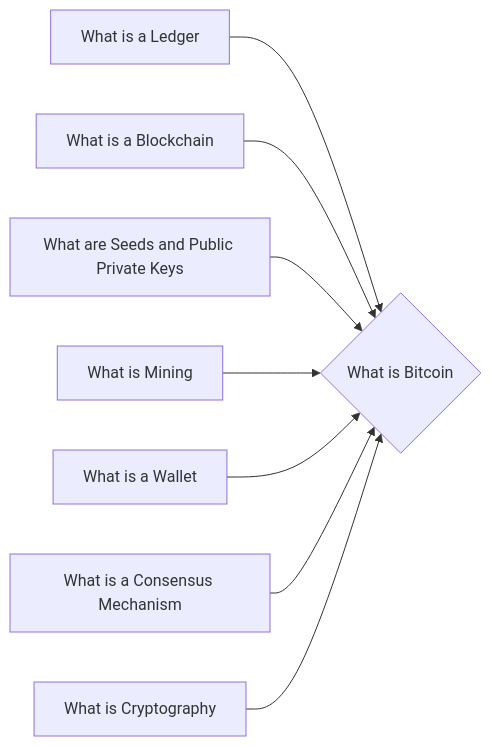
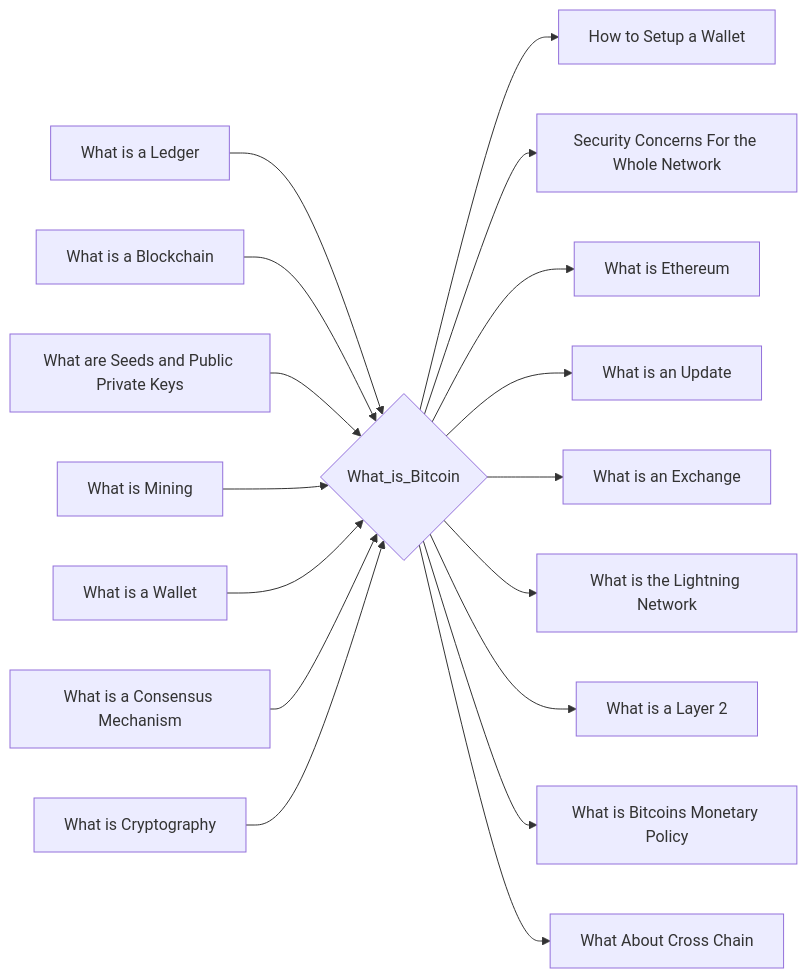
The diagram in notes/What_is_Bitcoin.md (lpurdy01/crypto-knowledge-map), drawn with Mermaid before and after one commit. The commit also changed 161 other files, not shown here.

````diff
--- a/notes/What_is_Bitcoin.md
+++ b/notes/What_is_Bitcoin.md
@@ -24,10 +24,19 @@
 ```mermaid
 graph LR
-1["What is a Ledger"]-->0{"What is Bitcoin"}
-2["What is a Blockchain"]-->0{"What is Bitcoin"}
-3["What are Seeds and Public Private Keys"]-->0{"What is Bitcoin"}
-4["What is Mining"]-->0{"What is Bitcoin"}
-5["What is a Wallet"]-->0{"What is Bitcoin"}
-6["What is a Consensus Mechanism"]-->0{"What is Bitcoin"}
-7["What is Cryptography"]-->0{"What is Bitcoin"}
+1["What is a Ledger"]-->0{"What_is_Bitcoin"}
+2["What is a Blockchain"]-->0{"What_is_Bitcoin"}
+3["What are Seeds and Public Private Keys"]-->0{"What_is_Bitcoin"}
+4["What is Mining"]-->0{"What_is_Bitcoin"}
+5["What is a Wallet"]-->0{"What_is_Bitcoin"}
+6["What is a Consensus Mechanism"]-->0{"What_is_Bitcoin"}
+7["What is Cryptography"]-->0{"What_is_Bitcoin"}
+0{"What_is_Bitcoin"}-->8["How to Setup a Wallet"]
+0{"What_is_Bitcoin"}-->9["Security Concerns For the Whole Network"]
+0{"What_is_Bitcoin"}-->10["What is Ethereum"]
+0{"What_is_Bitcoin"}-->11["What is an Update"]
+0{"What_is_Bitcoin"}-->12["What is an Exchange"]
+0{"What_is_Bitcoin"}-->13["What is the Lightning Network"]
+0{"What_is_Bitcoin"}-->14["What is a Layer 2"]
+0{"What_is_Bitcoin"}-->15["What is Bitcoins Monetary Policy"]
+0{"What_is_Bitcoin"}-->16["What About Cross Chain"]
 ```
````
